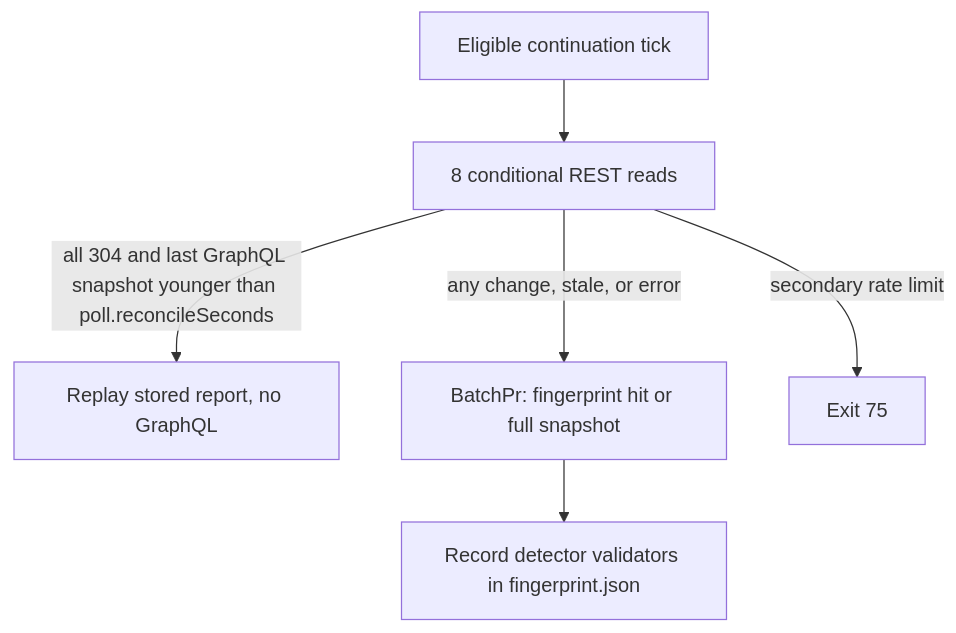
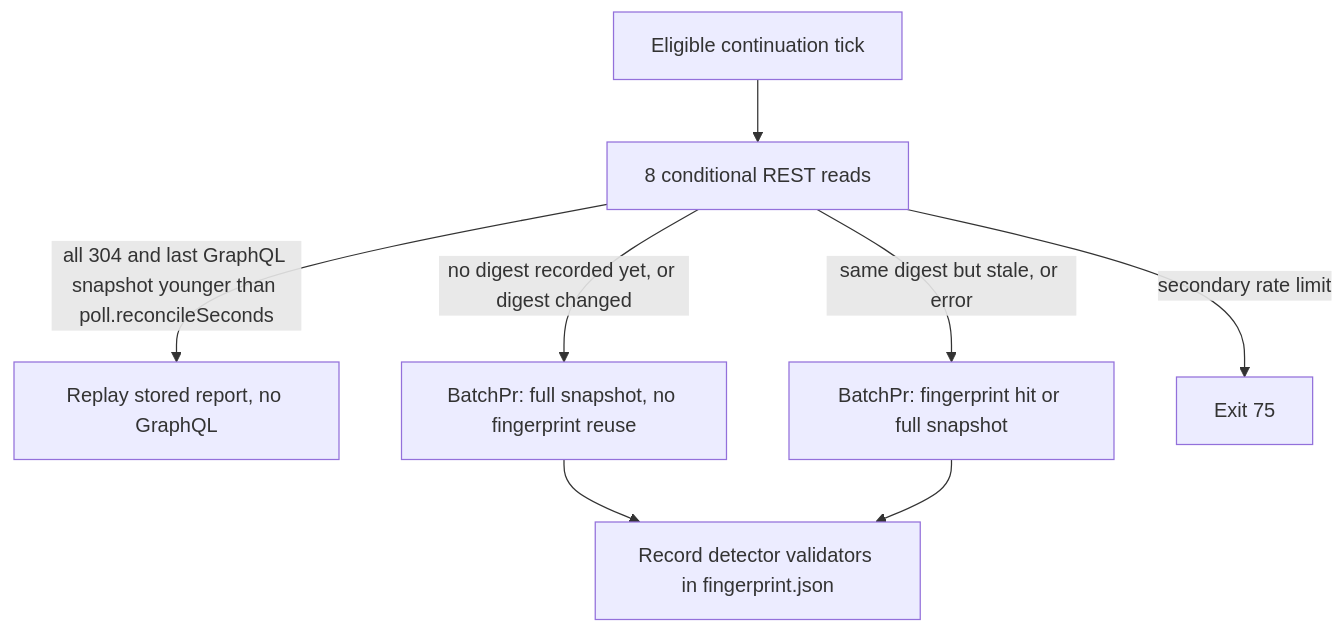
One commit to jonathanong/pr-shepherd changed the diagram in docs/graphql.md. Above: the diagram before and after it, drawn with Mermaid. The commit also changed other lines of this file and 8 other files, not shown here.

````diff
--- a/docs/graphql.md
+++ b/docs/graphql.md
@@ -185,8 +185,10 @@
 ```mermaid
 flowchart TD
   A[Eligible continuation tick] --> B[8 conditional REST reads]
   B -->|all 304 and last GraphQL snapshot younger than poll.reconcileSeconds| C[Replay stored report, no GraphQL]
-  B -->|any change, stale, or error| D[BatchPr: fingerprint hit or full snapshot]
+  B -->|same digest but stale, or error| D[BatchPr: fingerprint hit or full snapshot]
+  B -->|no digest recorded yet, or digest changed| G[BatchPr: full snapshot, no fingerprint reuse]
+  G --> E
   D --> E[Record detector validators in fingerprint.json]
   B -->|secondary rate limit| F[Exit 75]
 ```
````
